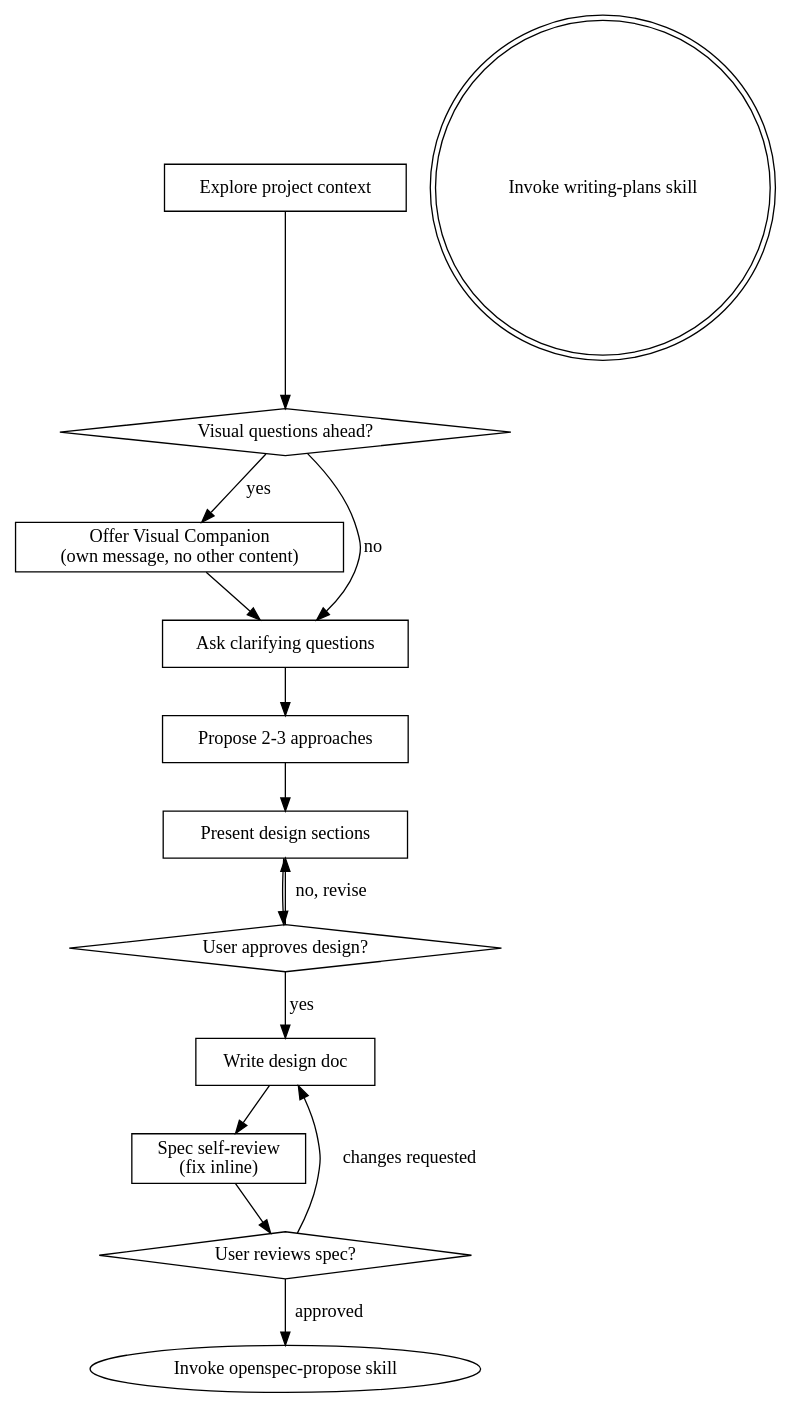
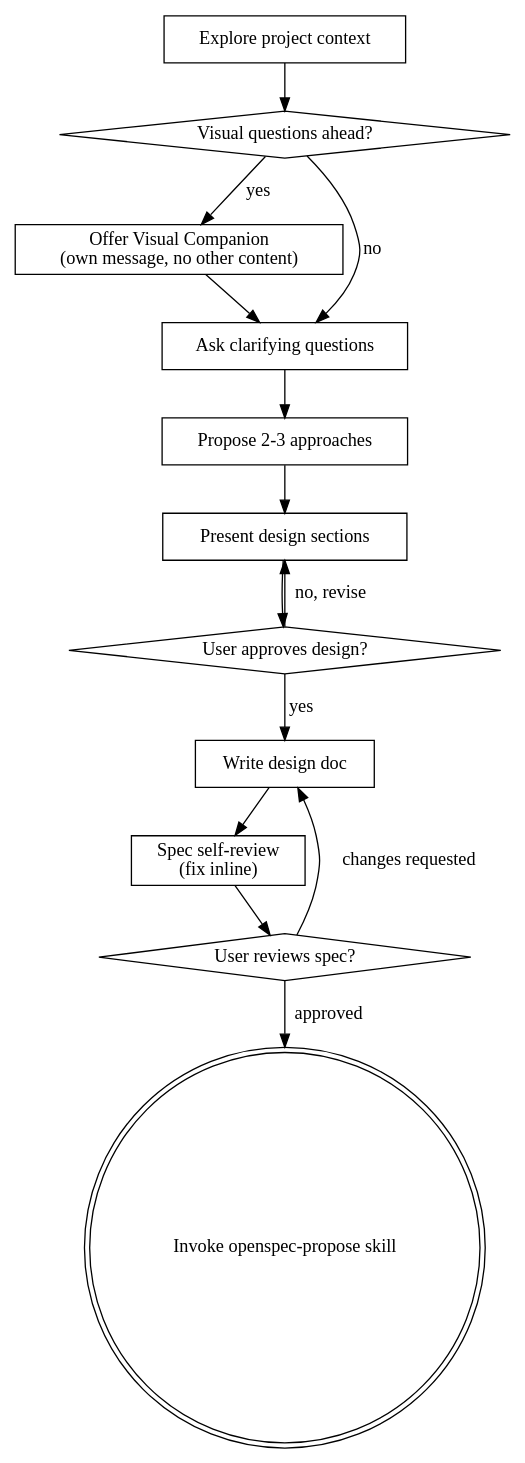
One commit to vikram8459/SuperSpecs changed the diagram in skills/brainstorming/SKILL.md. Above: the diagram before and after it, drawn with Graphviz. The commit also changed other lines of this file and 33 other files, not shown here.

````diff
--- a/skills/brainstorming/SKILL.md
+++ b/skills/brainstorming/SKILL.md
@@ -36,29 +36,29 @@
 ```dot
 digraph brainstorming {
     "Explore project context" [shape=box];
     "Visual questions ahead?" [shape=diamond];
     "Offer Visual Companion\n(own message, no other content)" [shape=box];
     "Ask clarifying questions" [shape=box];
     "Propose 2-3 approaches" [shape=box];
     "Present design sections" [shape=box];
     "User approves design?" [shape=diamond];
     "Write design doc" [shape=box];
     "Spec self-review\n(fix inline)" [shape=box];
     "User reviews spec?" [shape=diamond];
-    "Invoke writing-plans skill" [shape=doublecircle];
+    "Invoke openspec-propose skill" [shape=doublecircle];
 
     "Explore project context" -> "Visual questions ahead?";
     "Visual questions ahead?" -> "Offer Visual Companion\n(own message, no other content)" [label="yes"];
     "Visual questions ahead?" -> "Ask clarifying questions" [label="no"];
     "Offer Visual Companion\n(own message, no other content)" -> "Ask clarifying questions";
     "Ask clarifying questions" -> "Propose 2-3 approaches";
     "Propose 2-3 approaches" -> "Present design sections";
     "Present design sections" -> "User approves design?";
     "User approves design?" -> "Present design sections" [label="no, revise"];
     "User approves design?" -> "Write design doc" [label="yes"];
     "Write design doc" -> "Spec self-review\n(fix inline)";
     "Spec self-review\n(fix inline)" -> "User reviews spec?";
     "User reviews spec?" -> "Write design doc" [label="changes requested"];
     "User reviews spec?" -> "Invoke openspec-propose skill" [label="approved"];
 }
 ```
````
